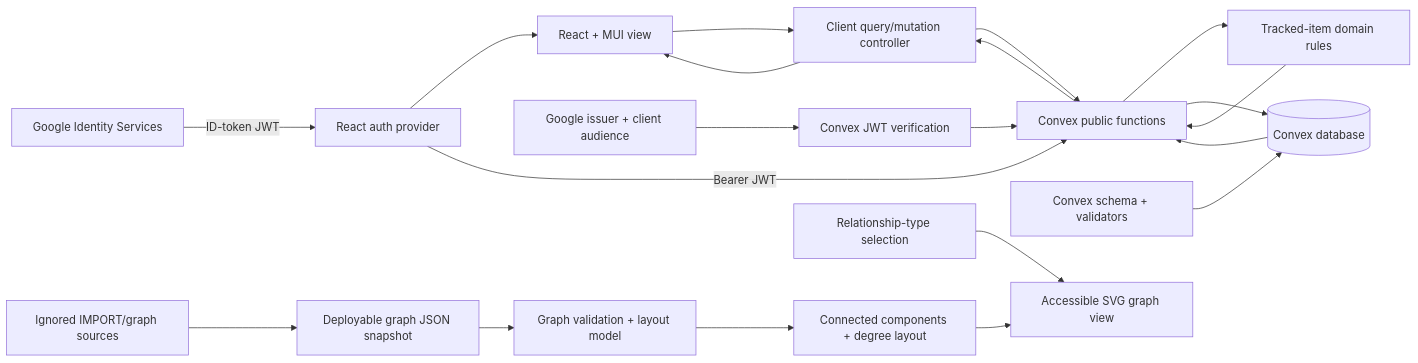
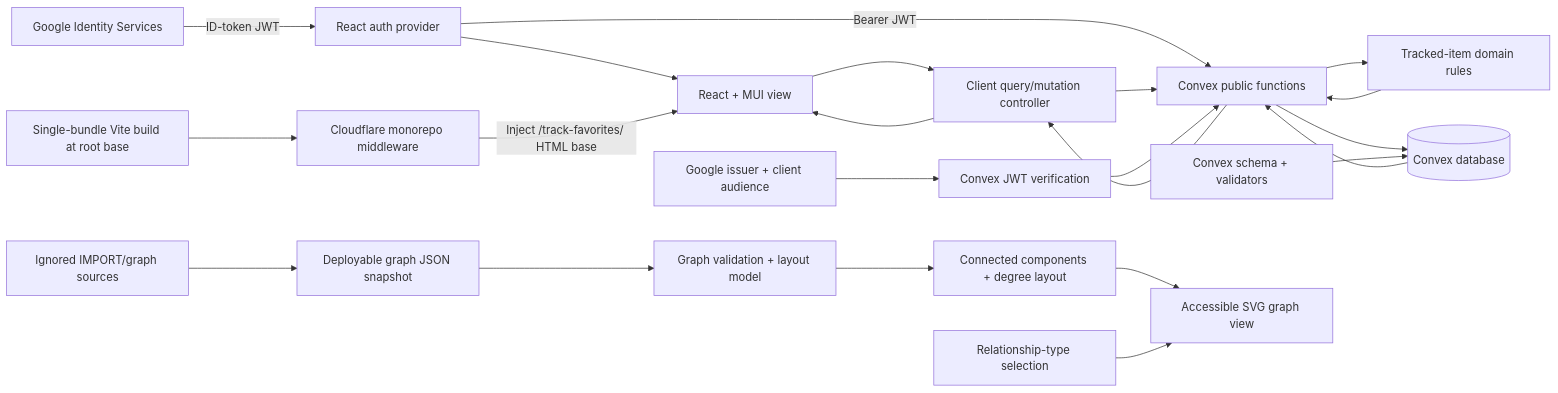
The first of 3 diagrams in architecture.md (johnpfeiffer/myrss), drawn with Mermaid before and after one commit. The commit also changed other lines of this file and 8 other files, not shown here.

Commit message:
use static import (build time) for the graph assets

````diff
--- a/architecture.md
+++ b/architecture.md
@@ -11,20 +11,22 @@
 ```mermaid
 flowchart LR
     Google["Google Identity Services"] -->|"ID-token JWT"| AuthClient["React auth provider"]
     AuthClient --> View["React + MUI view"]
     AuthClient -->|"Bearer JWT"| API
     View --> Controller["Client query/mutation controller"]
     Controller --> API["Convex public functions"]
     AuthConfig["Google issuer + client audience"] --> Verify["Convex JWT verification"]
     Verify --> API
     API --> Domain["Tracked-item domain rules"]
     API --> DB[("Convex database")]
     Schema["Convex schema + validators"] --> DB
     Domain --> API
     DB --> API --> Controller --> View
     Import["Ignored IMPORT/graph sources"] --> Snapshot["Deployable graph JSON snapshot"]
     Snapshot --> GraphDomain["Graph validation + layout model"]
     GraphDomain --> Layout["Connected components + degree layout"]
     Layout --> GraphView["Accessible SVG graph view"]
     Filters["Relationship-type selection"] --> GraphView
+    Build["Single-bundle Vite build at root base"] --> Middleware["Cloudflare monorepo middleware"]
+    Middleware -->|"Inject /track-favorites/ HTML base"| View
 ```
````
